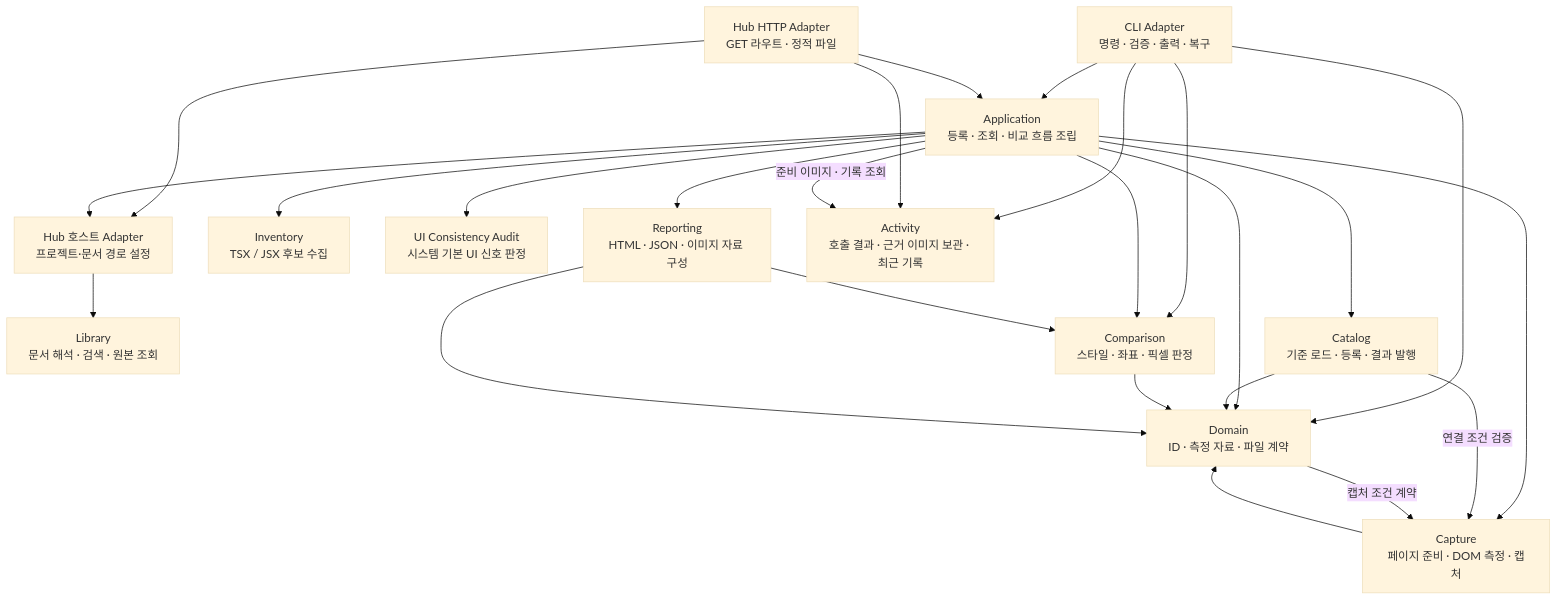
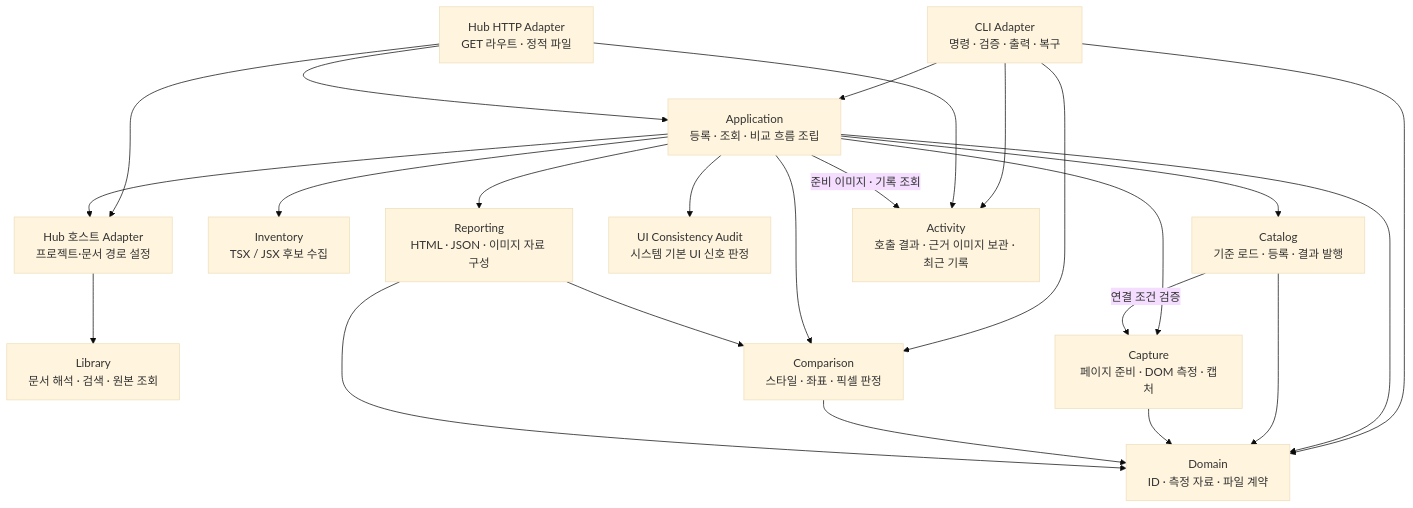
One commit to pollux-o4/design-home changed the second of 3 diagrams in design-compare/docs/architecture/c3-components.md. Above: the diagram before and after it, drawn with Mermaid (base theme). The commit also changed other lines of this file and 39 other files, not shown here.

````diff
--- a/design-compare/docs/architecture/c3-components.md
+++ b/design-compare/docs/architecture/c3-components.md
@@ -23,40 +23,39 @@
 ```mermaid
 flowchart TB
   cli["CLI Adapter\n명령 · 검증 · 출력 · 복구"]
   server["Hub HTTP Adapter\nGET 라우트 · 정적 파일"]
   app["Application\n등록 · 조회 · 비교 흐름 조립"]
   host["Hub 호스트 Adapter\n프로젝트·문서 경로 설정"]
   library["Library\n문서 해석 · 검색 · 원본 조회"]
   inventory["Inventory\nTSX / JSX 후보 수집"]
   catalog["Catalog\n기준 로드 · 등록 · 결과 발행"]
   capture["Capture\n페이지 준비 · DOM 측정 · 캡처"]
   comparison["Comparison\n스타일 · 좌표 · 픽셀 판정"]
   audit["UI Consistency Audit\n시스템 기본 UI 신호 판정"]
   reporting["Reporting\nHTML · JSON · 이미지 자료 구성"]
   activity["Activity\n호출 결과 · 근거 이미지 보관 · 최근 기록"]
   domain["Domain\nID · 측정 자료 · 파일 계약"]
   cli --> app
   cli --> activity
   cli --> comparison
   cli --> domain
   server --> app
   server --> activity
   server --> host
   app --> host
   host --> library
   app -->|준비 이미지 · 기록 조회| activity
   app --> inventory
   app --> catalog
   app --> capture
   app --> comparison
   app --> audit
   app --> reporting
   reporting --> comparison
   app --> domain
   catalog --> domain
   catalog -->|연결 조건 검증| capture
-  domain -->|캡처 조건 계약| capture
   capture --> domain
   comparison --> domain
   reporting --> domain
 ```
````
